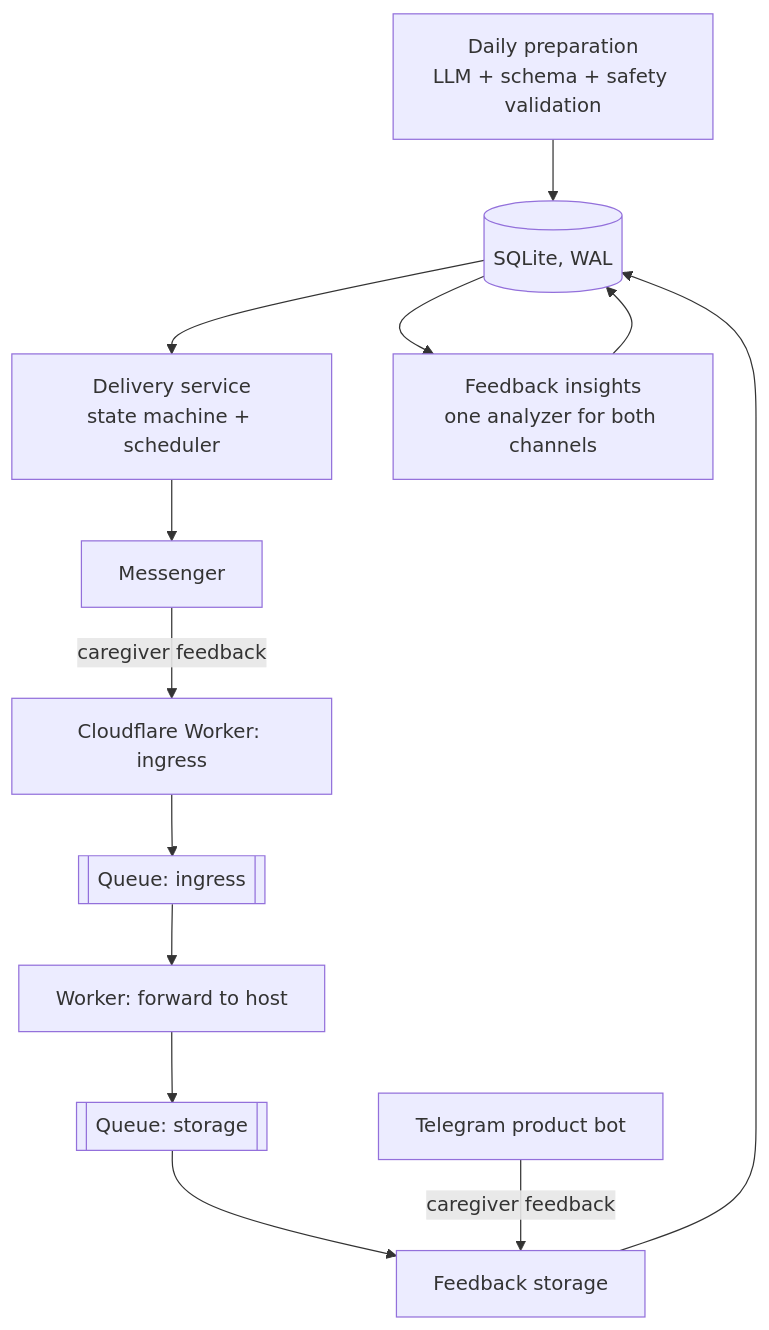
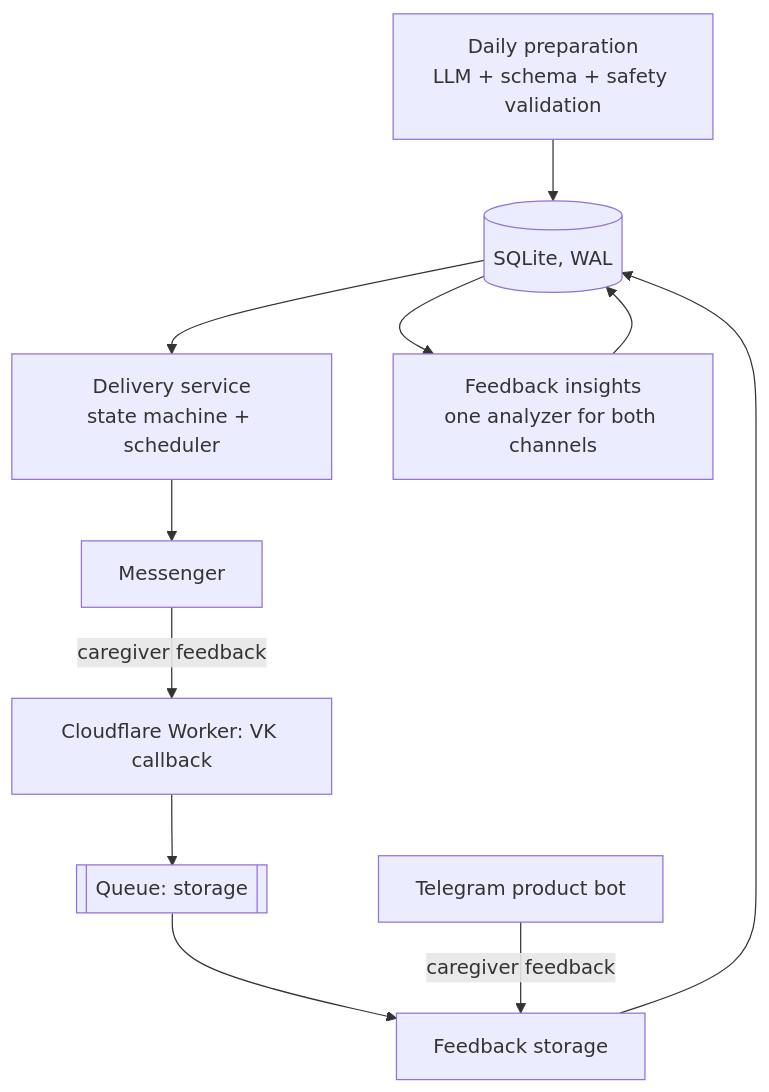
One commit to LukshinVI/game-of-the-day changed the diagram in README.md. Above: the diagram before and after it, drawn with Mermaid. The commit also changed other lines of this file and 7 other files, not shown here.

Commit message:
docs: bring README, AI design, deployment, privacy, reliability and roadmap up to 2.0; remove stray solver cache

````diff
--- a/README.md
+++ b/README.md
@@ -33,14 +34,12 @@
 ```mermaid
 flowchart TD
     P[Daily preparation<br/>LLM + schema + safety validation] --> DB[(SQLite, WAL)]
     DB --> D[Delivery service<br/>state machine + scheduler]
     D --> CH[Messenger]
-    CH -->|caregiver feedback| W[Cloudflare Worker: ingress]
-    W --> QA[[Queue: ingress]]
-    QA --> W2[Worker: forward to host]
-    W2 --> QB[[Queue: storage]]
+    CH -->|caregiver feedback| W[Cloudflare Worker: VK callback]
+    W --> QB[[Queue: storage]]
     QB --> STORE[Feedback storage] --> DB
     TG[Telegram product bot] -->|caregiver feedback| STORE
     DB --> INS[Feedback insights<br/>one analyzer for both channels]
     INS --> DB
 ```
````
